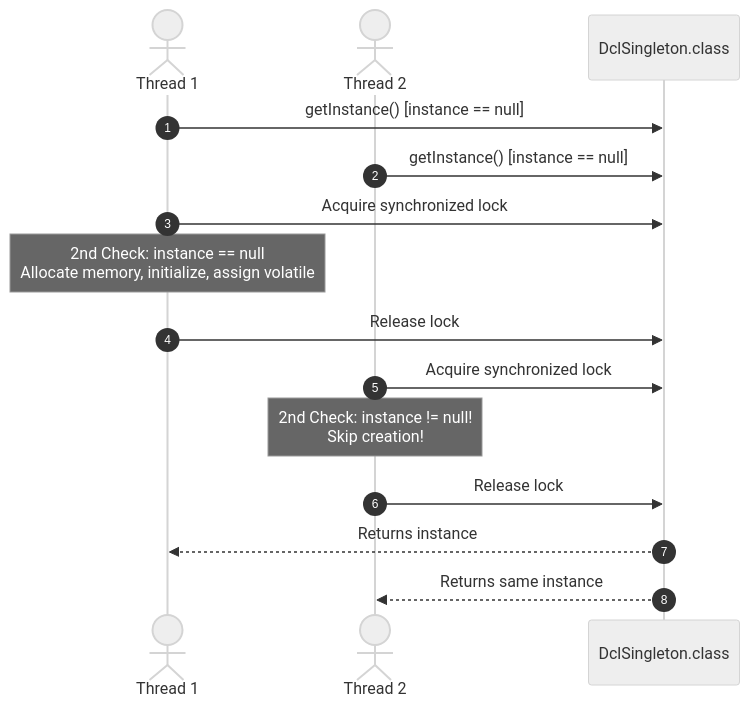
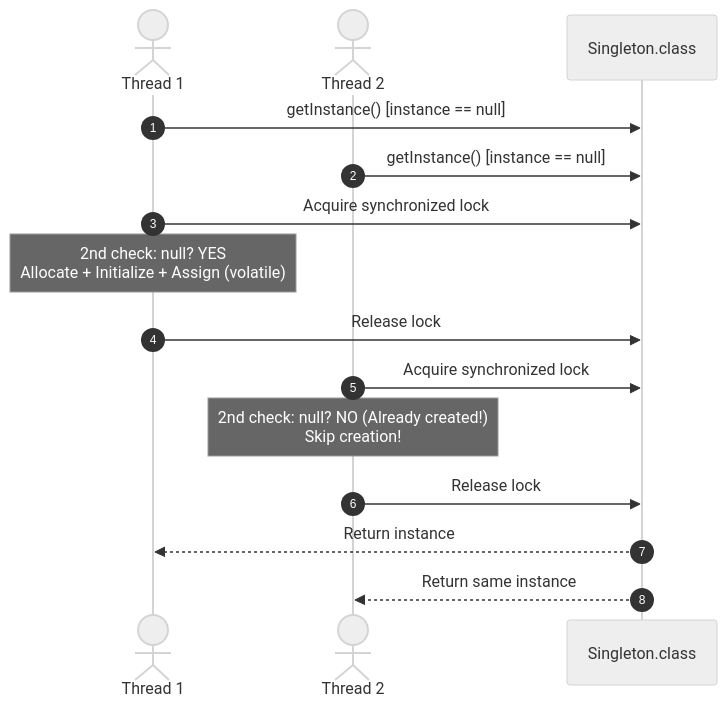
The diagram in 04-OOPs-and-Design-Patterns/03-Design-Patterns/10-Singleton-Design-Pattern.md (rohithgowda18/Notes), drawn with Mermaid (neutral theme) before and after one commit. The commit also changed other lines of this file and 17 other files, not shown here.

````diff
--- a/04-OOPs-and-Design-Patterns/03-Design-Patterns/10-Singleton-Design-Pattern.md
+++ b/04-OOPs-and-Design-Patterns/03-Design-Patterns/10-Singleton-Design-Pattern.md
@@ -135,18 +96,18 @@
 ```mermaid
 sequenceDiagram
     autonumber
     actor T1 as Thread 1
     actor T2 as Thread 2
-    participant DCL as DclSingleton.class
+    participant S as Singleton.class
 
-    T1->>DCL: getInstance() [instance == null]
-    T2->>DCL: getInstance() [instance == null]
-    T1->>DCL: Acquire synchronized lock
-    Note over T1: 2nd Check: instance == null<br/>Allocate memory, initialize, assign volatile
-    T1->>DCL: Release lock
-    T2->>DCL: Acquire synchronized lock
-    Note over T2: 2nd Check: instance != null!<br/>Skip creation!
-    T2->>DCL: Release lock
-    DCL-->>T1: Returns instance
-    DCL-->>T2: Returns same instance
+    T1->>S: getInstance() [instance == null]
+    T2->>S: getInstance() [instance == null]
+    T1->>S: Acquire synchronized lock
+    Note over T1: 2nd check: null? YES<br/>Allocate + Initialize + Assign (volatile)
+    T1->>S: Release lock
+    T2->>S: Acquire synchronized lock
+    Note over T2: 2nd check: null? NO (Already created!)<br/>Skip creation!
+    T2->>S: Release lock
+    S-->>T1: Return instance
+    S-->>T2: Return same instance
 ```
````
